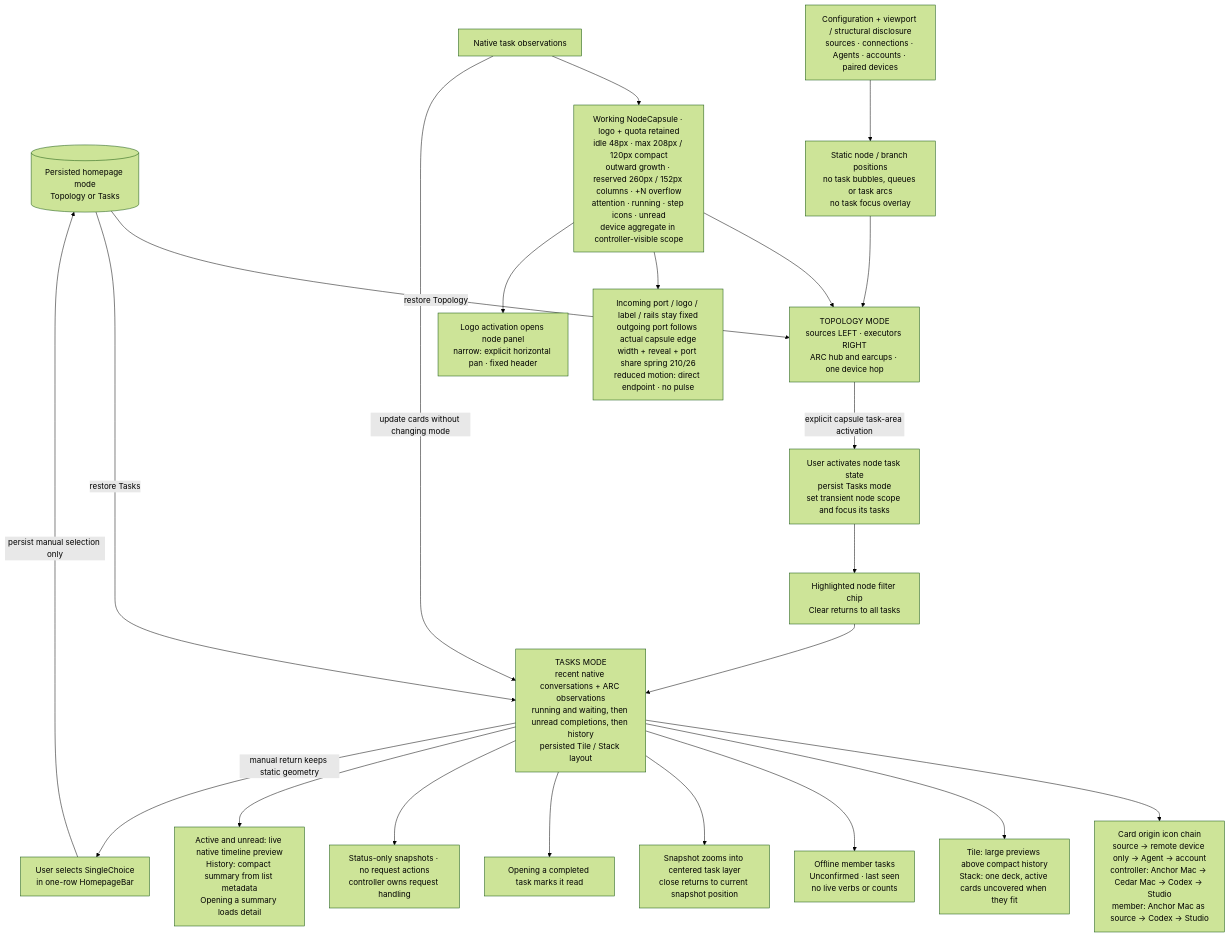
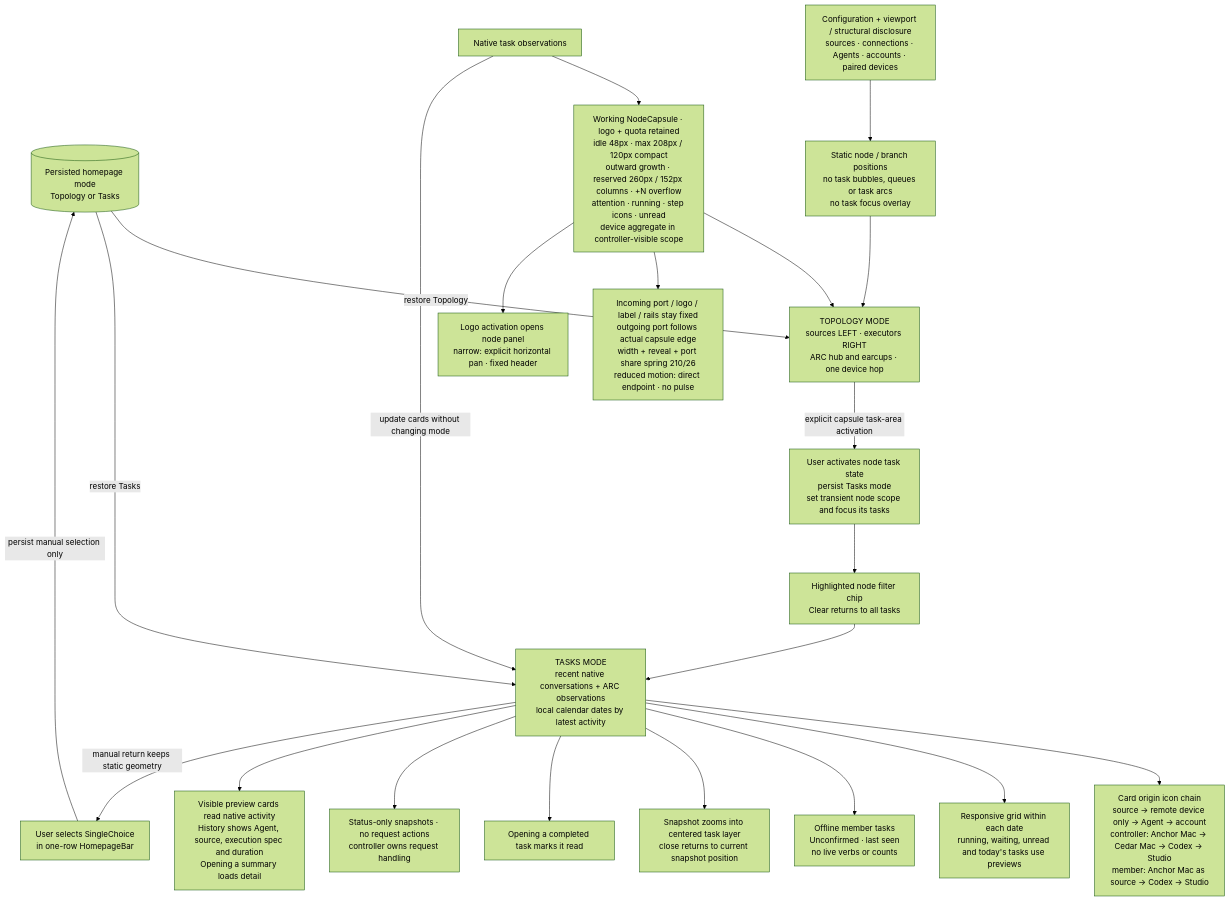
Before and after one commit to whzxc/agent-remote-control: the diagram in arch/mechanisms/homepage-modes.mmd, drawn with Mermaid (forest theme). The commit also changed 39 other files, not shown here.

Commit message:
feat(tasks): group responsive task cards by date

```diff
--- a/arch/mechanisms/homepage-modes.mmd
+++ b/arch/mechanisms/homepage-modes.mmd
@@ -1,39 +1,39 @@
 %% Homepage modes (layer 2): static topology and task presentation are independent projections.
 %% Index and code mapping: docs/dev/arch-assets.md
 flowchart TB
   preference[("Persisted homepage mode<br/>Topology or Tasks")]
   switch["User selects SingleChoice<br/>in one-row HomepageBar"]
   topology["TOPOLOGY MODE<br/>sources LEFT · executors RIGHT<br/>ARC hub and earcups · one device hop"]
   config["Configuration + viewport / structural disclosure<br/>sources · connections · Agents · accounts · paired devices"]
   positions["Static node / branch positions<br/>no task bubbles, queues or task arcs<br/>no task focus overlay"]
   observations["Native task observations"]
   badges["Working NodeCapsule · logo + quota retained<br/>idle 48px · max 208px / 120px compact<br/>outward growth · reserved 260px / 152px columns · +N overflow<br/>attention · running · step icons · unread<br/>device aggregate in controller-visible scope"]
   ports["Incoming port / logo / label / rails stay fixed<br/>outgoing port follows actual capsule edge<br/>width + reveal + port share spring 210/26<br/>reduced motion: direct endpoint · no pulse"]
   panel["Logo activation opens node panel<br/>narrow: explicit horizontal pan · fixed header"]
   jump["User activates node task state<br/>persist Tasks mode<br/>set transient node scope and focus its tasks"]
-  tasks["TASKS MODE<br/>recent native conversations + ARC observations<br/>running and waiting, then unread completions, then history<br/>persisted Tile / Stack layout"]
-  layout["Tile: large previews above compact history<br/>Stack: one deck, active cards uncovered when they fit"]
+  tasks["TASKS MODE<br/>recent native conversations + ARC observations<br/>local calendar dates by latest activity"]
+  layout["Responsive grid within each date<br/>running, waiting, unread and today's tasks use previews"]
   chain["Card origin icon chain<br/>source → remote device only → Agent → account<br/>controller: Anchor Mac → Cedar Mac → Codex → Studio<br/>member: Anchor Mac as source → Codex → Studio"]
   offline["Offline member tasks<br/>Unconfirmed · last seen<br/>no live verbs or counts"]
   filter["Highlighted node filter chip<br/>Clear returns to all tasks"]
   details["Snapshot zooms into centered task layer<br/>close returns to current snapshot position"]
   read["Opening a completed task marks it read"]
   order["Status-only snapshots · no request actions<br/>controller owns request handling"]
-  overflow["Active and unread: live native timeline preview<br/>History: compact summary from list metadata<br/>Opening a summary loads detail"]
+  overflow["Visible preview cards read native activity<br/>History shows Agent, source, execution spec and duration<br/>Opening a summary loads detail"]
   switch -->|"persist manual selection only"| preference
   preference -->|"restore Topology"| topology
   preference -->|"restore Tasks"| tasks
   config --> positions --> topology
   observations --> badges --> topology
   badges --> ports
   badges --> panel
   observations -->|"update cards without changing mode"| tasks
   topology -->|"explicit capsule task-area activation"| jump --> filter --> tasks
   tasks --> chain
   tasks --> layout
   tasks --> offline
   tasks --> details
   tasks --> read
   tasks --> order
   tasks --> overflow
   tasks -->|"manual return keeps static geometry"| switch
```
